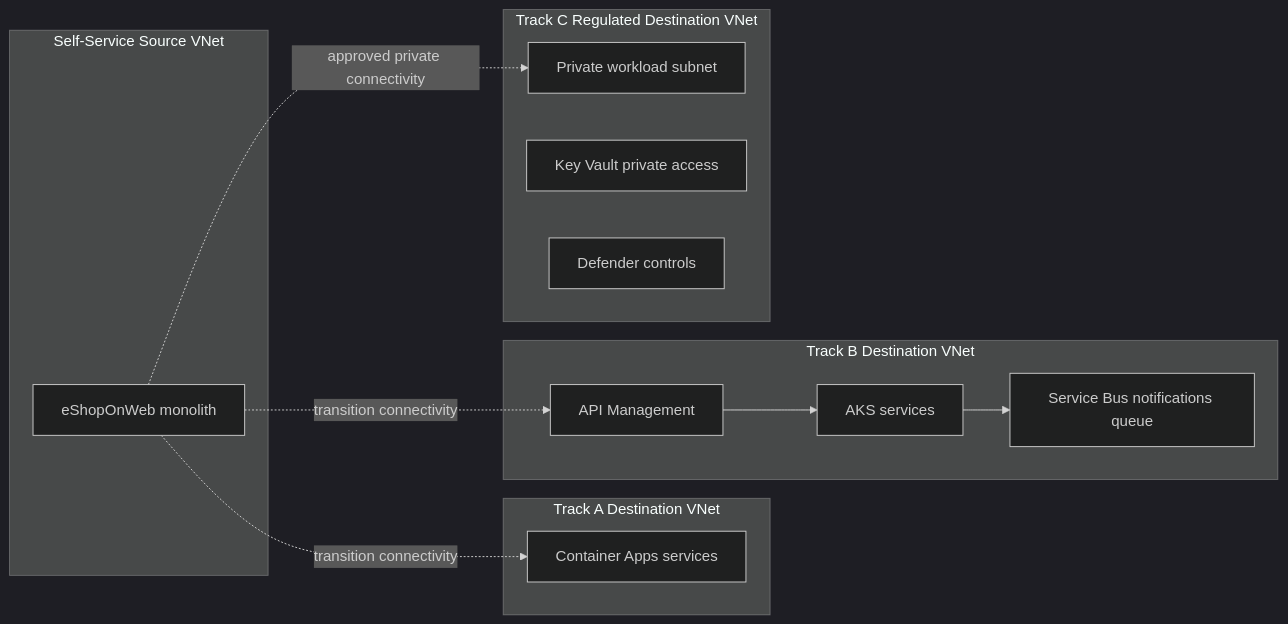
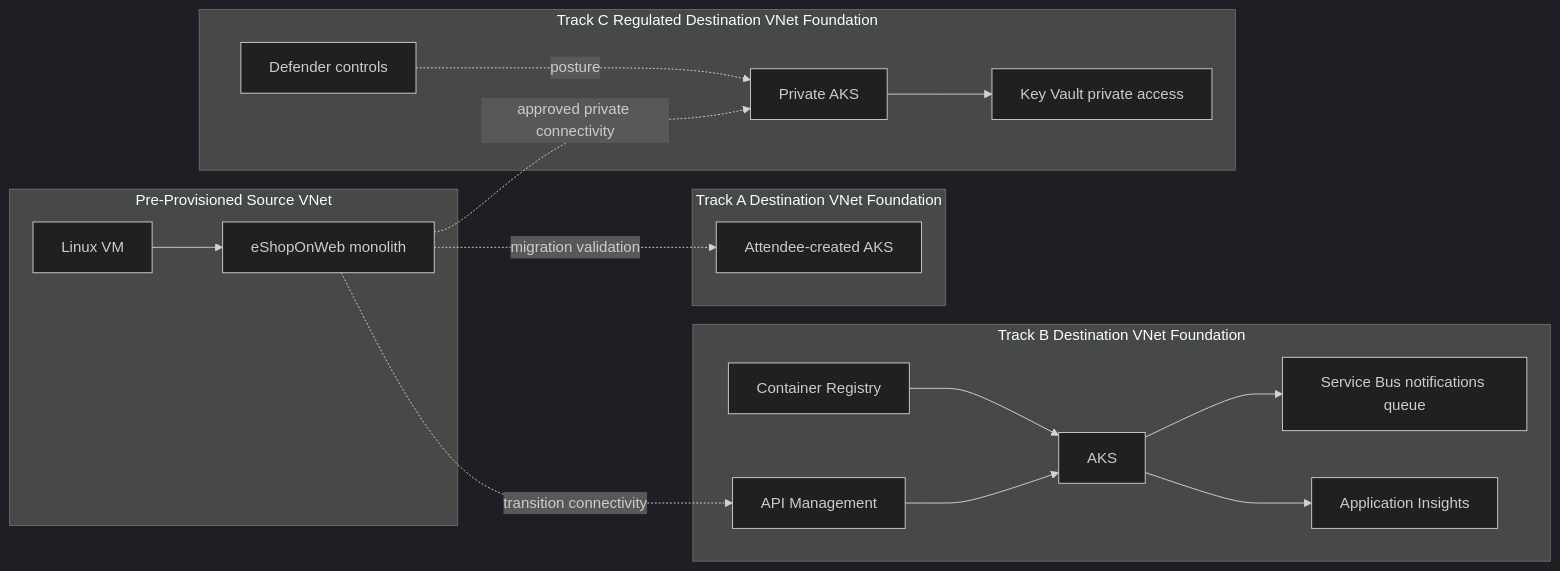
One commit to marinfrankovic/azure-application-modernization-workshop changed the diagram in media/architecture-diagram.md. Above: the diagram before and after it, drawn with Mermaid (dark theme). The commit also changed 61 other files, not shown here.

````diff
--- a/media/architecture-diagram.md
+++ b/media/architecture-diagram.md
@@ -3,28 +3,36 @@
 ```mermaid
 flowchart LR
-    subgraph Source[Self-Service Source VNet]
+    subgraph Source[Pre-Provisioned Source VNet]
+        VM[Linux VM]
         ESHOP[eShopOnWeb monolith]
+        VM --> ESHOP
     end
 
-    subgraph DestA[Track A Destination VNet]
-        ACA[Container Apps services]
+    subgraph DestA[Track A Destination VNet Foundation]
+        AKSA[Attendee-created AKS]
     end
 
-    subgraph DestB[Track B Destination VNet]
+    subgraph DestB[Track B Destination VNet Foundation]
         APIM[API Management]
-        AKS[AKS services]
+        ACR[Container Registry]
+        AKS[AKS]
         SB[Service Bus notifications queue]
+        AI[Application Insights]
+        ACR --> AKS
         APIM --> AKS
         AKS --> SB
+        AKS --> AI
     end
 
-    subgraph DestC[Track C Regulated Destination VNet]
-        PRIV[Private workload subnet]
+    subgraph DestC[Track C Regulated Destination VNet Foundation]
+        PRIV[Private AKS]
         KV[Key Vault private access]
         DEF[Defender controls]
+        PRIV --> KV
+        DEF -. posture .-> PRIV
     end
 
-    ESHOP -. transition connectivity .-> ACA
+    ESHOP -. migration validation .-> AKSA
     ESHOP -. transition connectivity .-> APIM
     ESHOP -. approved private connectivity .-> PRIV
 ```
````
